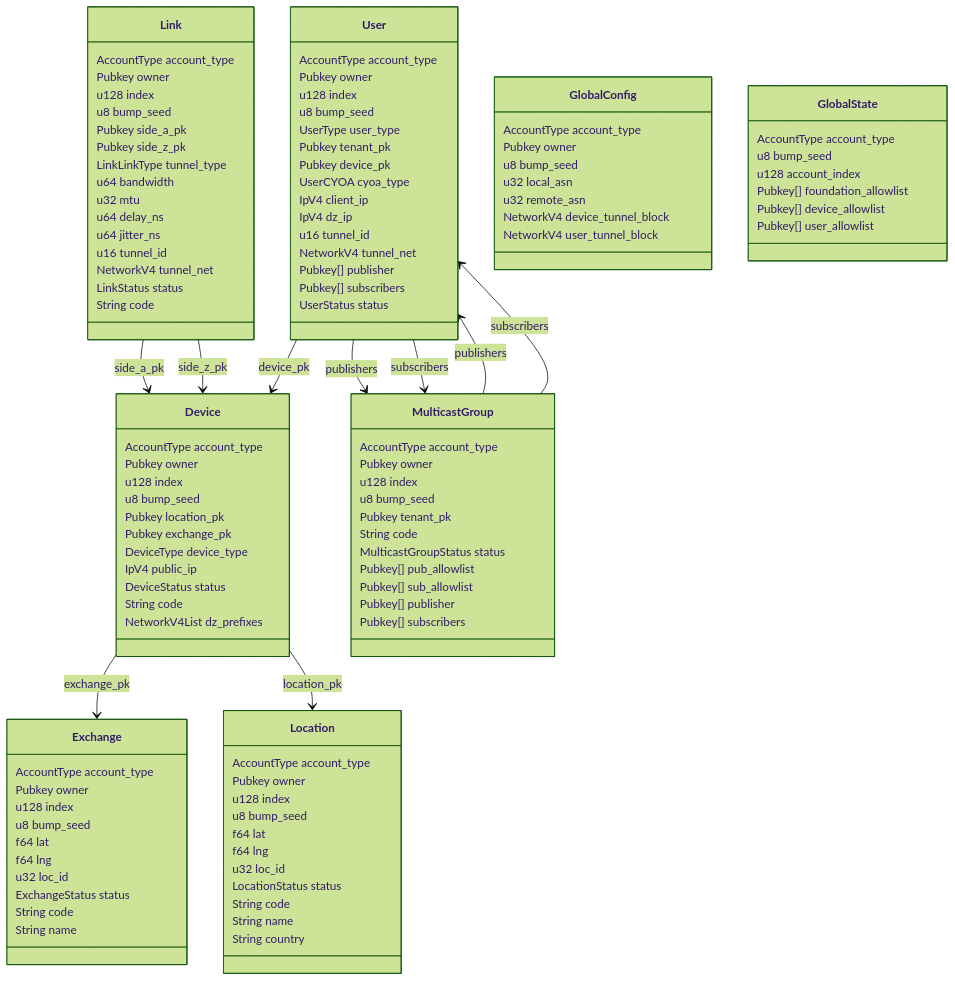
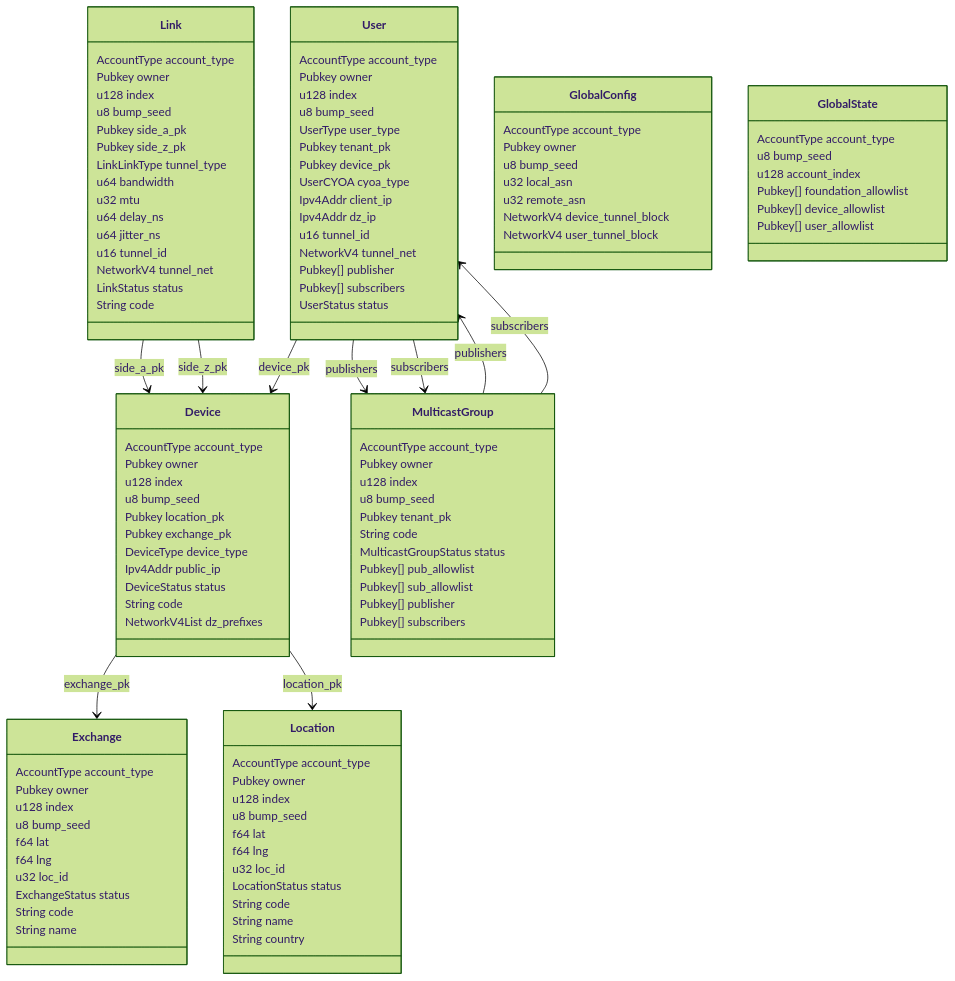
Before and after one commit to malbeclabs/doublezero: the first of 7 diagrams in smartcontract/programs/doublezero-serviceability/README.md, drawn with Mermaid (forest theme). The commit also changed other lines of this file and 97 other files, not shown here.

First line of the commit message:
rust: use std::net::Ipv4Addr, etc.

```diff
--- a/smartcontract/programs/doublezero-serviceability/README.md
+++ b/smartcontract/programs/doublezero-serviceability/README.md
@@ -60,7 +60,7 @@
         Pubkey location_pk
         Pubkey exchange_pk
         DeviceType device_type
-        IpV4 public_ip
+        Ipv4Addr public_ip
         DeviceStatus status
         String code
         NetworkV4List dz_prefixes
@@ -91,8 +91,8 @@
         Pubkey tenant_pk
         Pubkey device_pk
         UserCYOA cyoa_type
-        IpV4 client_ip
-        IpV4 dz_ip
+        Ipv4Addr client_ip
+        Ipv4Addr dz_ip
         u16 tunnel_id
         NetworkV4 tunnel_net
         Pubkey[] publisher
```
